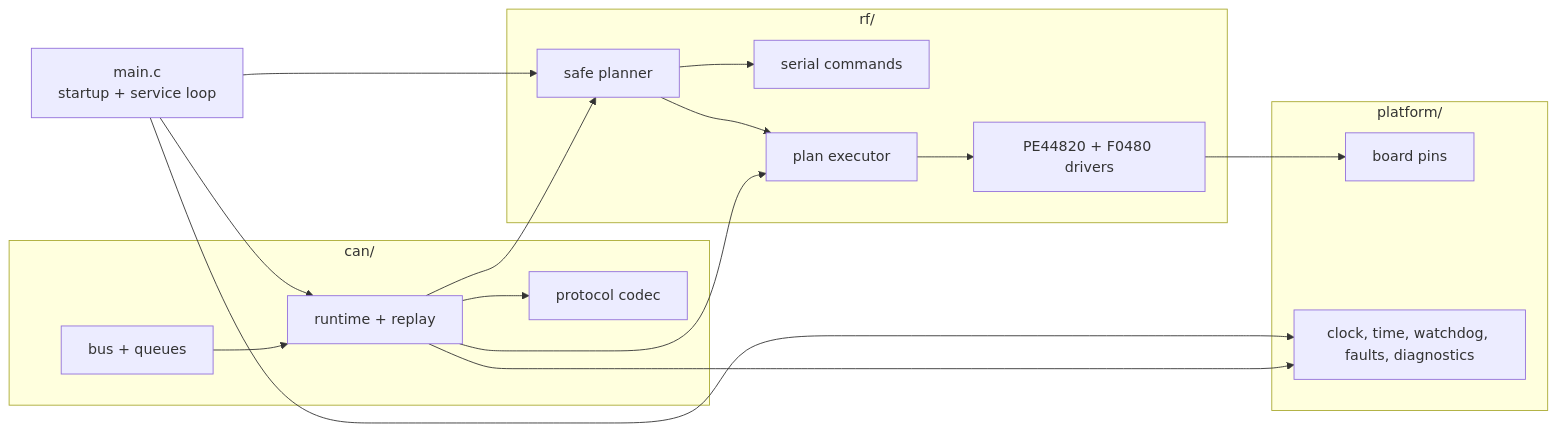
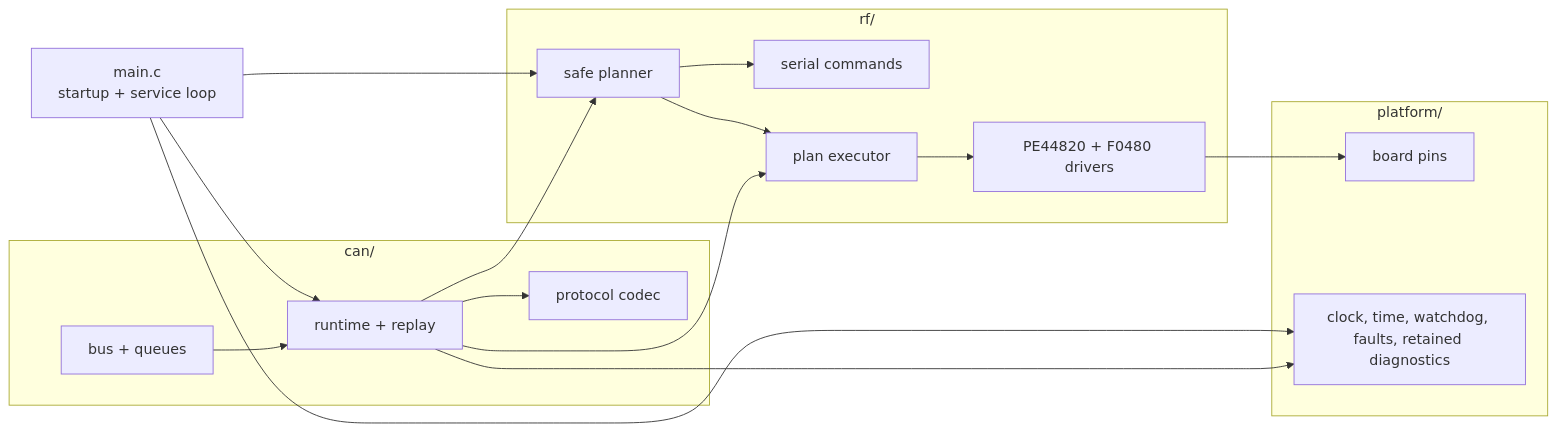
One commit to uorocketry/beamforming-software changed the diagram in stm32/README.md. Above: the diagram before and after it, drawn with Mermaid. The commit also changed other lines of this file and 35 other files, not shown here.

````diff
--- a/stm32/README.md
+++ b/stm32/README.md
@@ -46,32 +48,32 @@
 ```mermaid
 flowchart LR
     main["main.c<br/>startup + service loop"]
 
     subgraph can["can/"]
         bus["bus + queues"]
         protocol["protocol codec"]
         runtime["runtime + replay"]
     end
 
     subgraph rf["rf/"]
         commands["serial commands"]
         plan["safe planner"]
         execute["plan executor"]
         drivers["PE44820 + F0480 drivers"]
     end
 
     subgraph platform["platform/"]
         board["board pins"]
-        support["clock, time, watchdog, faults, diagnostics"]
+        support["clock, time, watchdog, faults, retained diagnostics"]
     end
 
     main --> runtime
     main --> plan --> execute --> drivers
     bus --> runtime --> protocol
     runtime --> plan
     runtime --> execute
     plan --> commands
     drivers --> board
     main --> support
     runtime --> support
 ```
````
